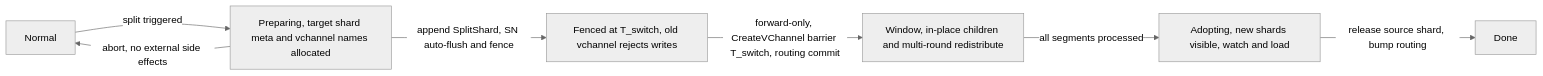
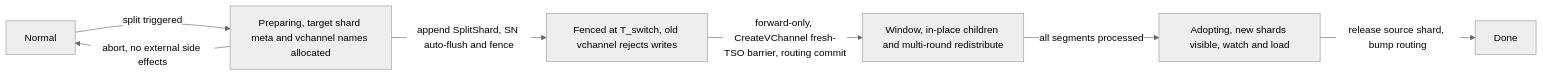
The first of 4 diagrams in docs/design-docs/design_docs/20260610-shard_split.md (milvus-io/milvus), drawn with Mermaid (neutral theme) before and after one commit. The commit also changed other lines of this file, not shown here.

First line of the commit message:
doc: barrier is a value-free fresh-TSO sync; DataCoord never records T_switch

````diff
--- a/docs/design-docs/design_docs/20260610-shard_split.md
+++ b/docs/design-docs/design_docs/20260610-shard_split.md
@@ -233,9 +236,9 @@
 ```mermaid
 flowchart LR
     IDLE["Normal"] -->|"split triggered"| PREP["Preparing, target shard meta and vchannel names allocated"]
     PREP -->|"abort, no external side effects"| IDLE
     PREP -->|"append SplitShard, SN auto-flush and fence"| FENCE["Fenced at T_switch, old vchannel rejects writes"]
-    FENCE -->|"forward-only, CreateVChannel barrier T_switch, routing commit"| WIN["Window, in-place children and multi-round redistribute"]
+    FENCE -->|"forward-only, CreateVChannel fresh-TSO barrier, routing commit"| WIN["Window, in-place children and multi-round redistribute"]
     WIN -->|"all segments processed"| ADOPT["Adopting, new shards visible, watch and load"]
     ADOPT -->|"release source shard, bump routing"| DONE["Done"]
 ```
````
